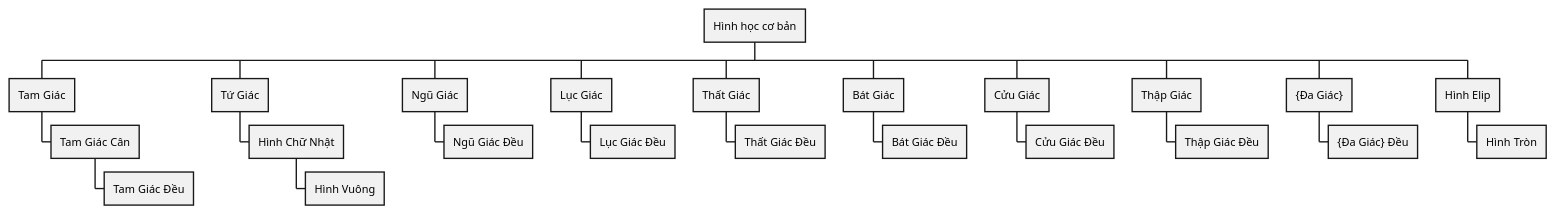
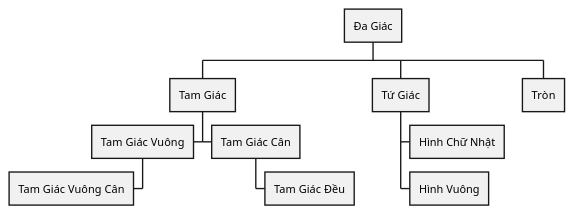
The diagram in docs/Math/math-geometry-overview.md (dothanhdathp/tadstudy), drawn with PlantUML before and after one commit. The commit also changed 1 other file, not shown here.

````diff
--- a/docs/Math/math-geometry-overview.md
+++ b/docs/Math/math-geometry-overview.md
@@ -21,27 +21,19 @@
 ```puml
 @startwbs
-* Hình học cơ bản
+
+* Đa Giác
+
 ** Tam Giác
 *** Tam Giác Cân
 **** Tam Giác Đều
+--- Tam Giác Vuông
+---- Tam Giác Vuông Cân
+
 ** Tứ Giác
 *** Hình Chữ Nhật
-**** Hình Vuông
-** Ngũ Giác
-*** Ngũ Giác Đều
-** Lục Giác
-*** Lục Giác Đều
-** Thất Giác
-*** Thất Giác Đều
-** Bát Giác
-*** Bát Giác Đều
-** Cửu Giác
-*** Cửu Giác Đều
-** Thập Giác
-*** Thập Giác Đều
-** {Đa Giác}
-*** {Đa Giác} Đều
-** Hình Elip
-*** Hình Tròn
+*** Hình Vuông
+
+** Tròn
+
 @endwbs
 ```
````
